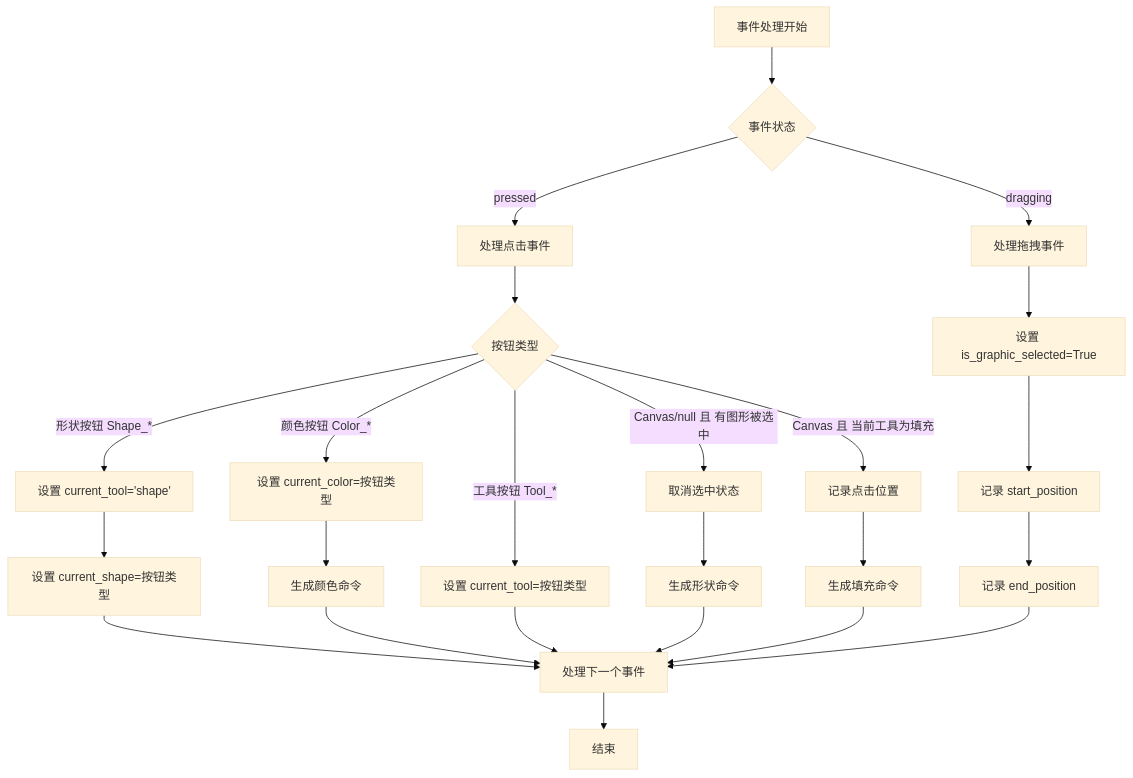
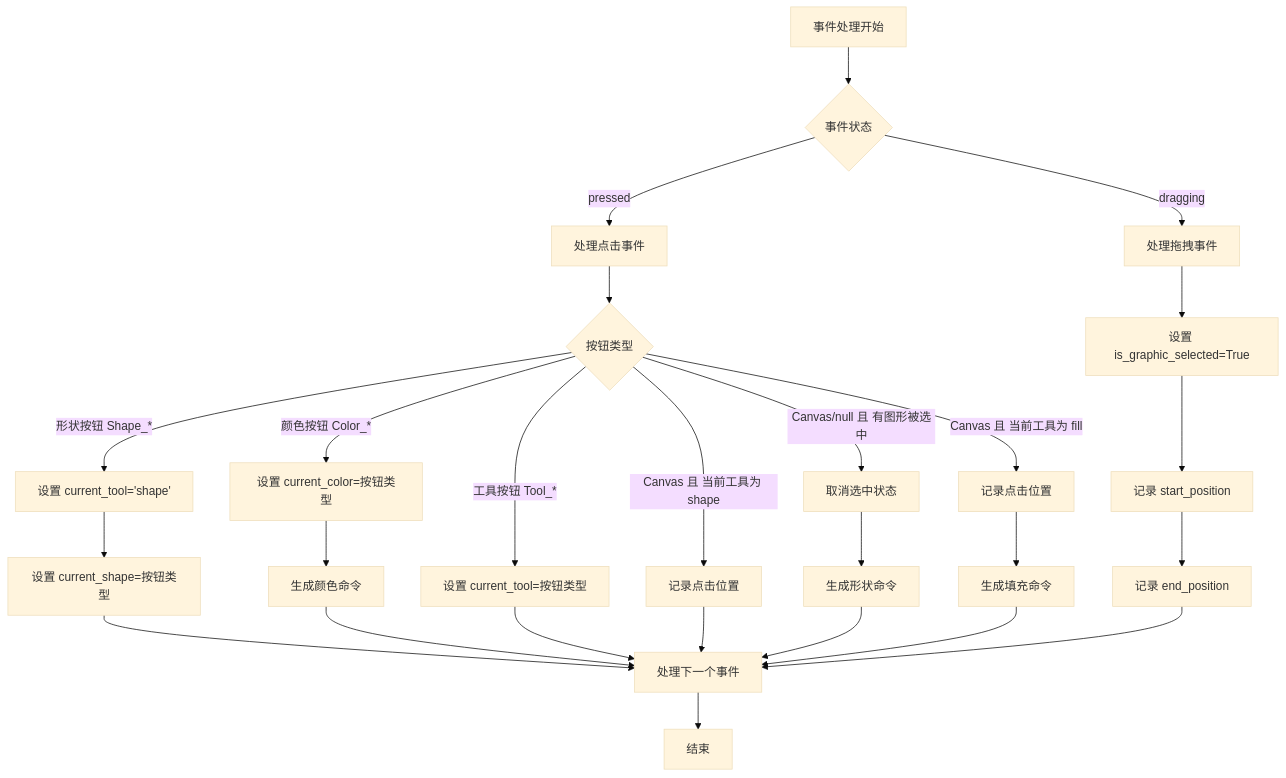
Before and after one commit to buaa23371212/ThePainter: the first of 6 diagrams in docs/transcriber/流程图.md, drawn with Mermaid (base theme). The commit also changed other lines of this file and 1 other file, not shown here.

Commit message:
update flowchart

````diff
--- a/docs/transcriber/流程图.md
+++ b/docs/transcriber/流程图.md
@@ -3,29 +3,37 @@
 ```mermaid
 graph TD
     A[事件处理开始] --> B{事件状态}
     B -->|pressed| C[处理点击事件]
     B -->|dragging| D[处理拖拽事件]
     
     C --> E{按钮类型}
+
     E -->|形状按钮 Shape_*| F[设置 current_tool='shape']
     F --> G[设置 current_shape=按钮类型]
+
     E -->|颜色按钮 Color_*| H[设置 current_color=按钮类型]
     H --> I[生成颜色命令]
+
     E -->|工具按钮 Tool_*| J[设置 current_tool=按钮类型]
+
+    E -->|Canvas 且 当前工具为 shape| M1[记录点击位置]
+    
+    E -->|Canvas 且 当前工具为 fill| M[记录点击位置]
+    M --> N[生成填充命令]
+
     E -->|Canvas/null 且 有图形被选中| K[取消选中状态]
     K --> L[生成形状命令]
-    E -->|Canvas 且 当前工具为填充| M[记录点击位置]
-    M --> N[生成填充命令]
     
     D --> O[设置 is_graphic_selected=True]
     O --> P[记录 start_position]
     P --> Q[记录 end_position]
     
     G --> R[处理下一个事件]
     I --> R
     J --> R
+    M1 --> R
     L --> R
     N --> R
     Q --> R
     R --> S[结束]
 ```
````
